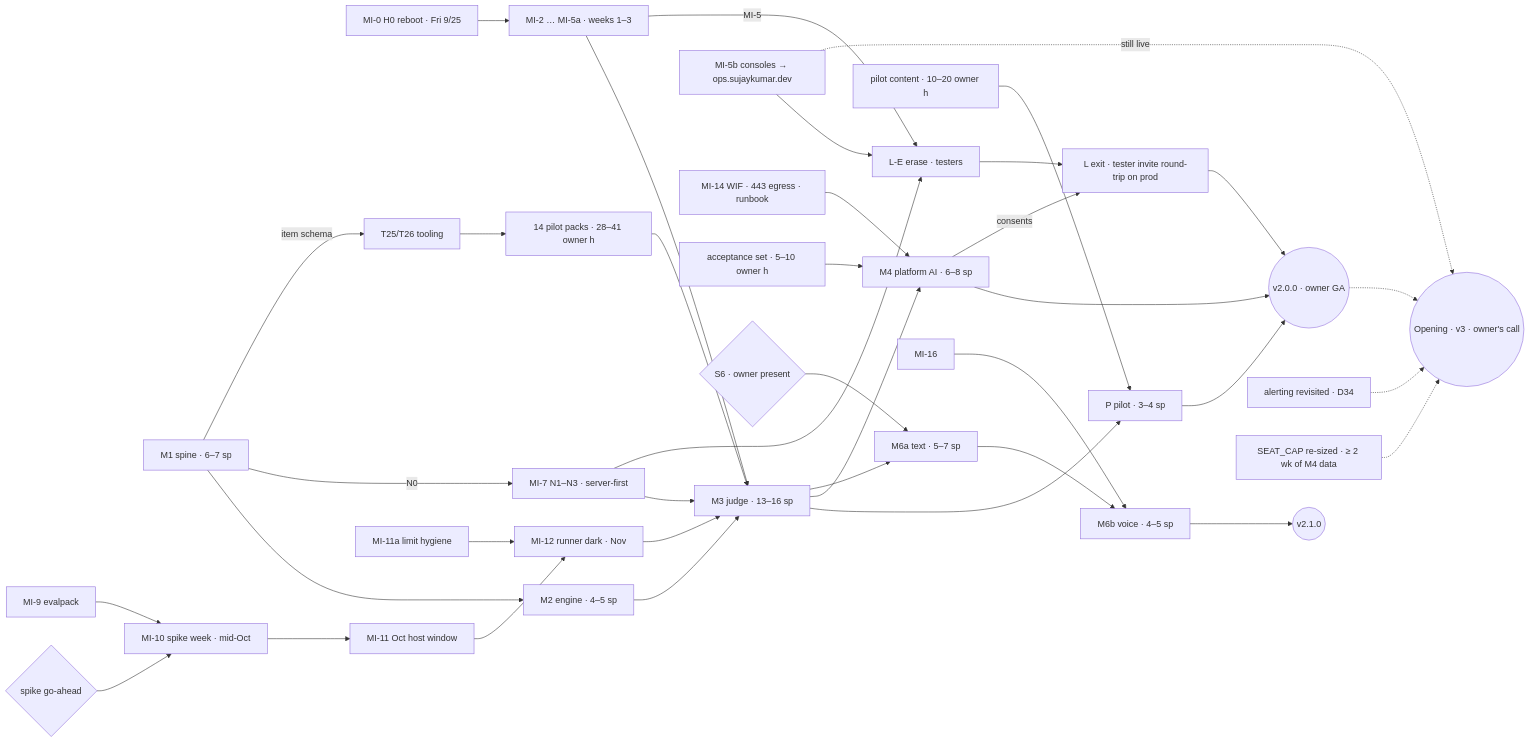
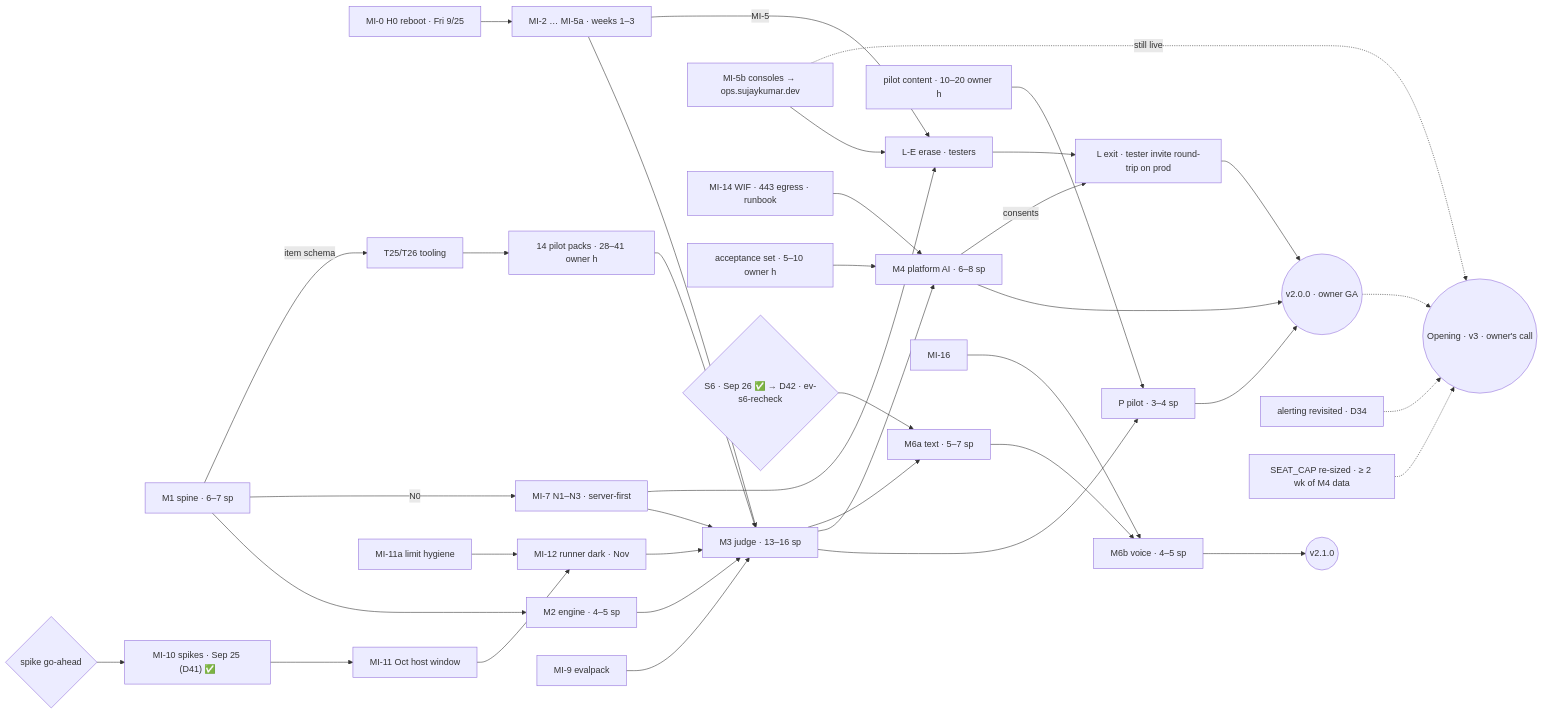
The diagram in docs/v2/rollout-plan.md (sujaykumarsuman/xlearn), drawn with Mermaid before and after one commit. The commit also changed other lines of this file and 13 other files, not shown here.

````diff
--- a/docs/v2/rollout-plan.md
+++ b/docs/v2/rollout-plan.md
@@ -261,28 +266,28 @@
 ```mermaid
 graph LR
   H0["MI-0 H0 reboot · Fri 9/25"] --> SAFE["MI-2 … MI-5a · weeks 1–3"]
   M1["M1 spine · 6–7 sp"] --> M2["M2 engine · 4–5 sp"] --> M3["M3 judge · 13–16 sp"]
   M1 -->|N0| NK["MI-7 N1–N3 · server-first"] --> M3
   M1 -->|item schema| TOOL["T25/T26 tooling"] --> PK["14 pilot packs · 28–41 owner h"] --> M3
-  GO{"spike go-ahead"} --> SPK["MI-10 spike week · mid-Oct"] --> WIN["MI-11 Oct host window"] --> RUN["MI-12 runner dark · Nov"] --> M3
-  MI9["MI-9 evalpack"] --> SPK
+  GO{"spike go-ahead"} --> SPK["MI-10 spikes · Sep 25 (D41) ✅"] --> WIN["MI-11 Oct host window"] --> RUN["MI-12 runner dark · Nov"] --> M3
+  MI9["MI-9 evalpack"] --> M3
   LH["MI-11a limit hygiene"] --> RUN
   SAFE --> M3
   SAFE -->|MI-5| LE
   NK --> LE["L-E erase · testers"]
   MI5b["MI-5b consoles → ops.sujaykumar.dev"] --> LE
   M3 --> P["P pilot · 3–4 sp"] --> GA(("v2.0.0 · owner GA"))
   PC["pilot content · 10–20 owner h"] --> P
   M3 --> M4["M4 platform AI · 6–8 sp"] --> GA
   WIF["MI-14 WIF · 443 egress · runbook"] --> M4
   AS["acceptance set · 5–10 owner h"] --> M4
   LE --> L["L exit · tester invite round-trip on prod"] --> GA
   M4 -->|consents| L
   M3 --> M6a["M6a text · 5–7 sp"] --> M6b["M6b voice · 4–5 sp"] --> V21(("v2.1.0"))
-  S6{"S6 · owner present"} --> M6a
+  S6{"S6 · Sep 26 ✅ → D42 · ev-s6-recheck"} --> M6a
   MI16["MI-16"] --> M6b
   GA -.-> OPEN(("Opening · v3 · owner's call"))
   MI5b -.->|still live| OPEN
   ALR["alerting revisited · D34"] -.-> OPEN
   SC["SEAT_CAP re-sized · ≥ 2 wk of M4 data"] -.-> OPEN
 ```
````
